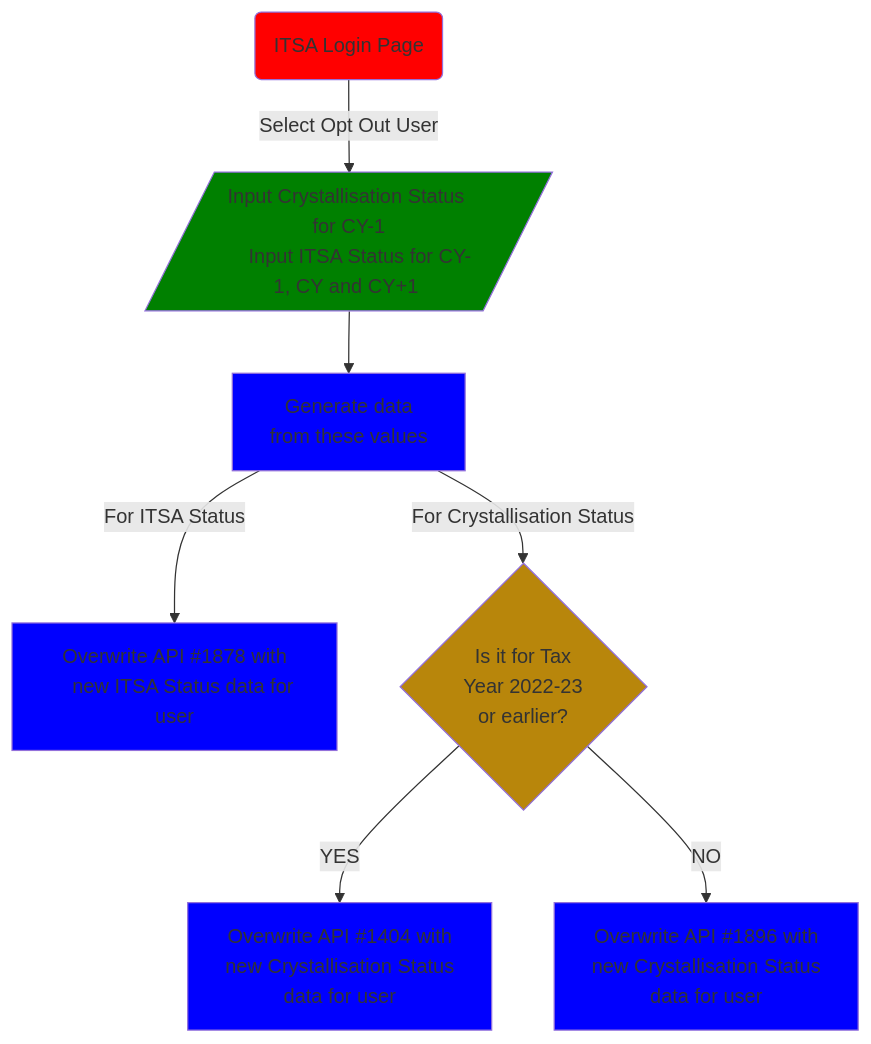
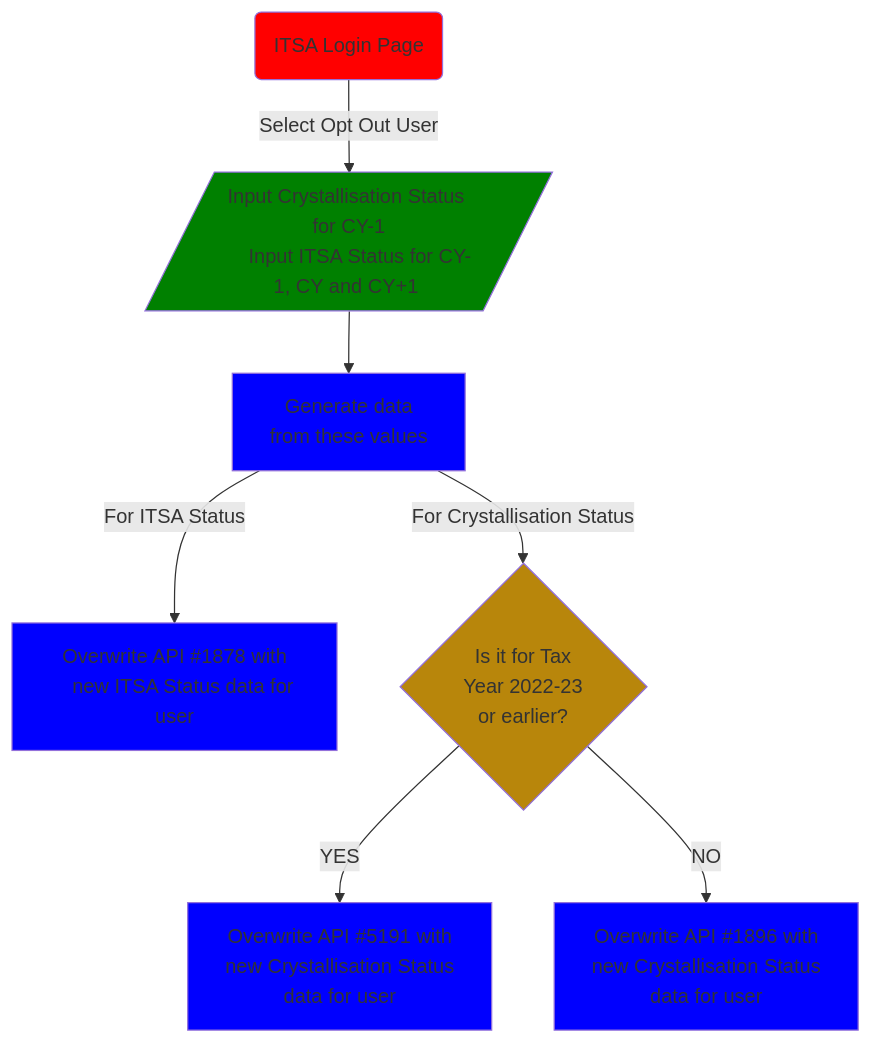
Before and after one commit to hmrc/income-tax-view-change-dynamic-stub: the diagram in docs/diagrams/optOutCustomData.md, drawn with Mermaid. The commit also changed 2 other files, not shown here.

Commit message:
MISUV-10116 - removed API1404 route (#122)

````diff
--- a/docs/diagrams/optOutCustomData.md
+++ b/docs/diagrams/optOutCustomData.md
@@ -1,29 +1,29 @@
 ```mermaid
 flowchart TD
 
     style A fill: red
     style B fill: green
     style C fill: blue
     style D fill: blue
     style E fill: #B8860B
     style F fill: blue
     style G fill: blue
 
     A(ITSA Login Page) -->|Select Opt Out User| B
     B[/ Input Crystallisation Status for CY-1
     Input ITSA Status for CY-1, CY and CY+1 <br>/]
     B --> C[Generate data
     from these values]
     C --> |For Crystallisation Status| E{Is it for Tax
     Year 2022-23
     or earlier?}
     C --> |For ITSA Status| D[Overwrite API #1878 with
     new ITSA Status data for user]
-    E --> |YES| F[Overwrite API #1404 with
+    E --> |YES| F[Overwrite API #5191 with
     new Crystallisation Status
      data for user]
     E --> |NO| G[Overwrite API #1896 with
     new Crystallisation Status
      data for user]
 
 ```
````
